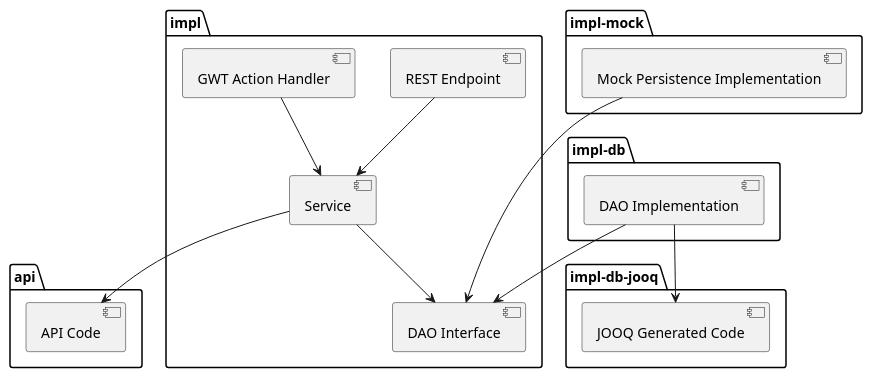
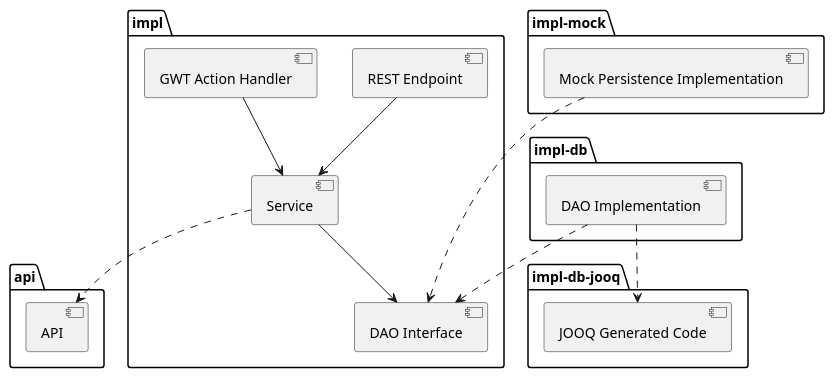
Before and after one commit to gchq/stroom-docs: the diagram in dev-guide/components.puml, drawn with PlantUML.

Commit message:
Add diagram

```diff
--- a/dev-guide/components.puml
+++ b/dev-guide/components.puml
@@ -1,34 +1,34 @@
 @startuml
 
 package "api" {
-[API Code]
+[API]
 }
 
 package "impl" {
 [REST Endpoint]
 [GWT Action Handler]
 [Service]
 [DAO Interface]
 }
 
 package "impl-db" {
 [DAO Implementation]
 }
 
 package "impl-db-jooq" {
 [JOOQ Generated Code]
 }
 
 package "impl-mock" {
 [Mock Persistence Implementation]
 }
 
-[Service] --> [API Code]
+[Service] ..> [API]
 [REST Endpoint] --> [Service]
 [GWT Action Handler] --> [Service]
 [Service] --> [DAO Interface]
-[DAO Implementation] --> [DAO Interface]
-[DAO Implementation] --> [JOOQ Generated Code]
-[Mock Persistence Implementation] ---> [DAO Interface]
+[DAO Implementation] ..> [DAO Interface]
+[DAO Implementation] ..> [JOOQ Generated Code]
+[Mock Persistence Implementation] ...> [DAO Interface]
 
 @enduml
```
